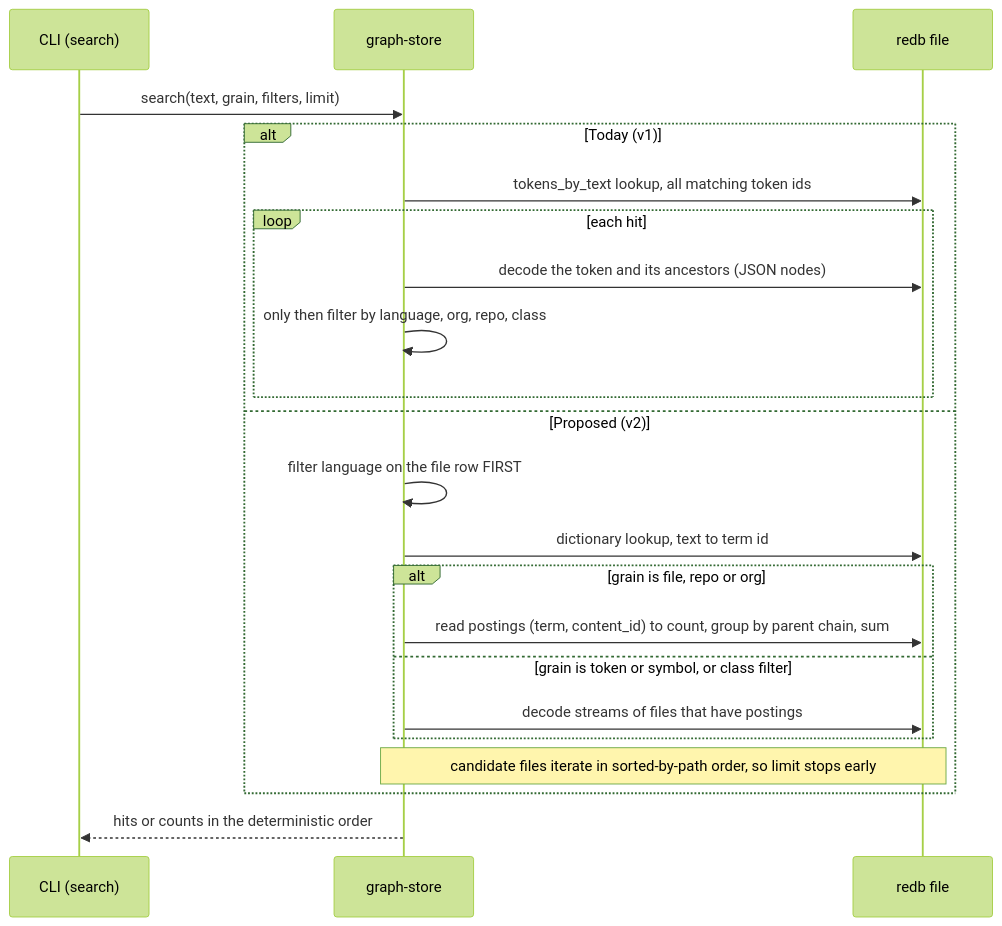
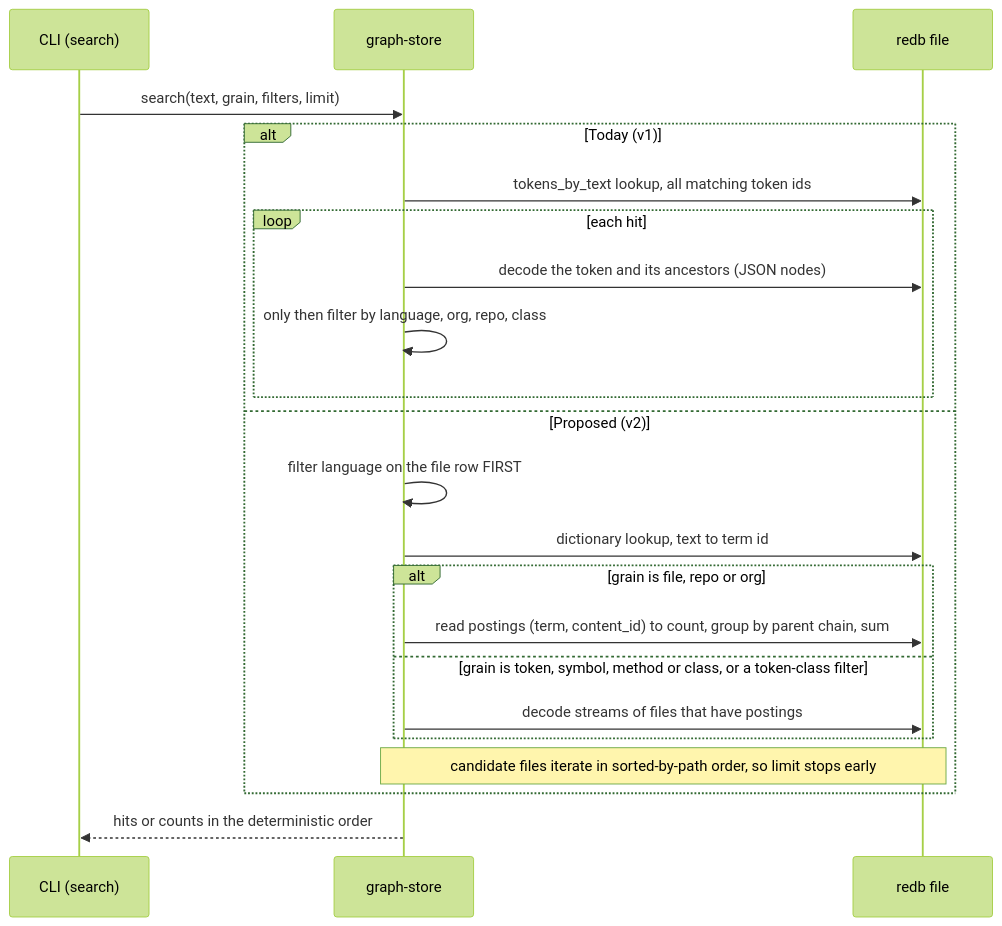
Before and after one commit to P47Phoenix/memory-graph: the eighth of 19 diagrams in docs/architecture-diagrams.md, drawn with Mermaid (forest theme). The commit also changed other lines of this file and 5 other files, not shown here.

````diff
--- a/docs/architecture-diagrams.md
+++ b/docs/architecture-diagrams.md
@@ -258,24 +258,24 @@
 ```mermaid
 sequenceDiagram
     participant CLI as CLI (search)
     participant Store as graph-store
     participant redb as redb file
     CLI->>Store: search(text, grain, filters, limit)
         alt Today (v1)
         Store->>redb: tokens_by_text lookup, all matching token ids
         loop each hit
             Store->>redb: decode the token and its ancestors (JSON nodes)
             Store->>Store: only then filter by language, org, repo, class
         end
     else Proposed (v2)
         Store->>Store: filter language on the file row FIRST
         Store->>redb: dictionary lookup, text to term id
         alt grain is file, repo or org
             Store->>redb: read postings (term, content_id) to count, group by parent chain, sum
-        else grain is token or symbol, or class filter
+        else grain is token, symbol, method or class, or a token-class filter
             Store->>redb: decode streams of files that have postings
         end
         Note over Store,redb: candidate files iterate in sorted-by-path order, so limit stops early
     end
     Store-->>CLI: hits or counts in the deterministic order
 ```
````
